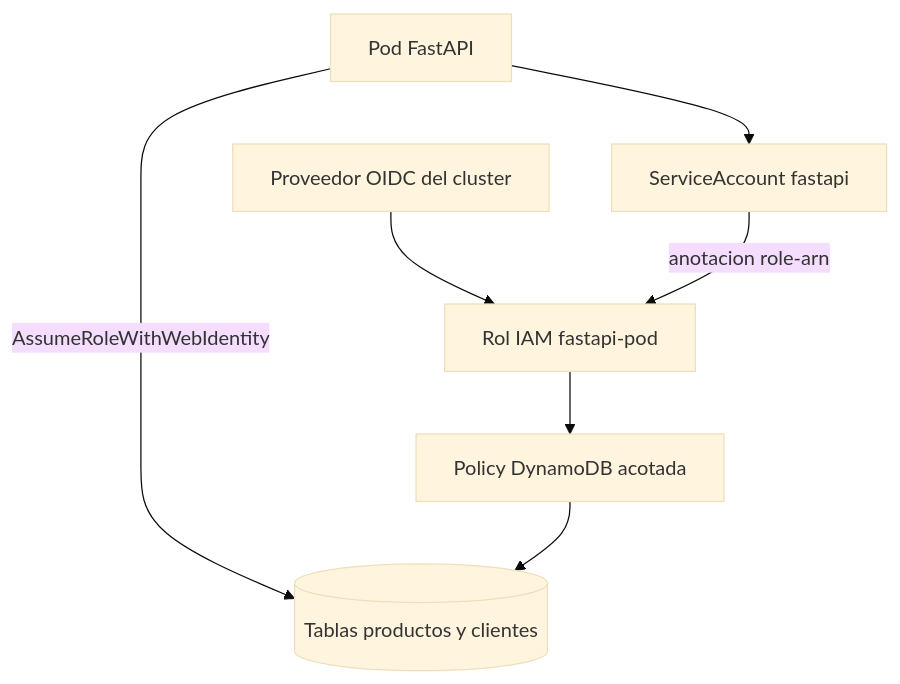
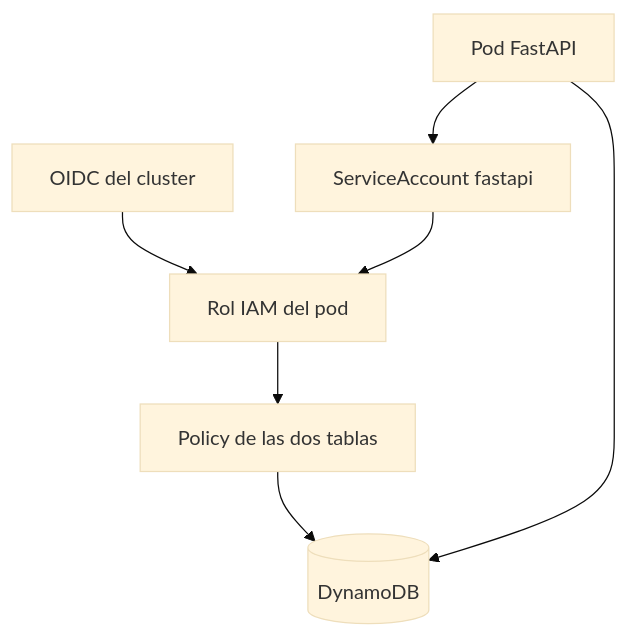
One commit to marlon-figueroa/iac_api_mercado changed the diagram in docs/diagramas/identidad-irsa.mmd. Above: the diagram before and after it, drawn with Mermaid. The commit also changed 11 other files, not shown here.

Commit message:
Update mermaid configuration, enhance PDF header for better image handling, and refine documentation. Adjusted font size in mermaid config, improved LaTeX settings to prevent image overflow, and clarified diagram generation process in the documentation.

```diff
--- a/docs/diagramas/identidad-irsa.mmd
+++ b/docs/diagramas/identidad-irsa.mmd
@@ -1,15 +1,8 @@
 %%{init: {'theme': 'base', 'flowchart': {'useMaxWidth': false}}}%%
 flowchart TB
-  OIDC[Proveedor OIDC del cluster]
-  SA[ServiceAccount fastapi]
-  Rol[Rol IAM fastapi-pod]
-  Pol[Policy DynamoDB acotada]
-  Pod[Pod FastAPI]
-  DDB[(Tablas productos y clientes)]
-
-  OIDC --> Rol
-  SA -->|anotacion role-arn| Rol
-  Rol --> Pol
-  Pod --> SA
-  Pod -->|AssumeRoleWithWebIdentity| DDB
-  Pol --> DDB
+  OIDC[OIDC del cluster] --> Rol[Rol IAM del pod]
+  SA[ServiceAccount fastapi] --> Rol
+  Pod[Pod FastAPI] --> SA
+  Rol --> Pol[Policy de las dos tablas]
+  Pol --> DDB[(DynamoDB)]
+  Pod --> DDB
```
